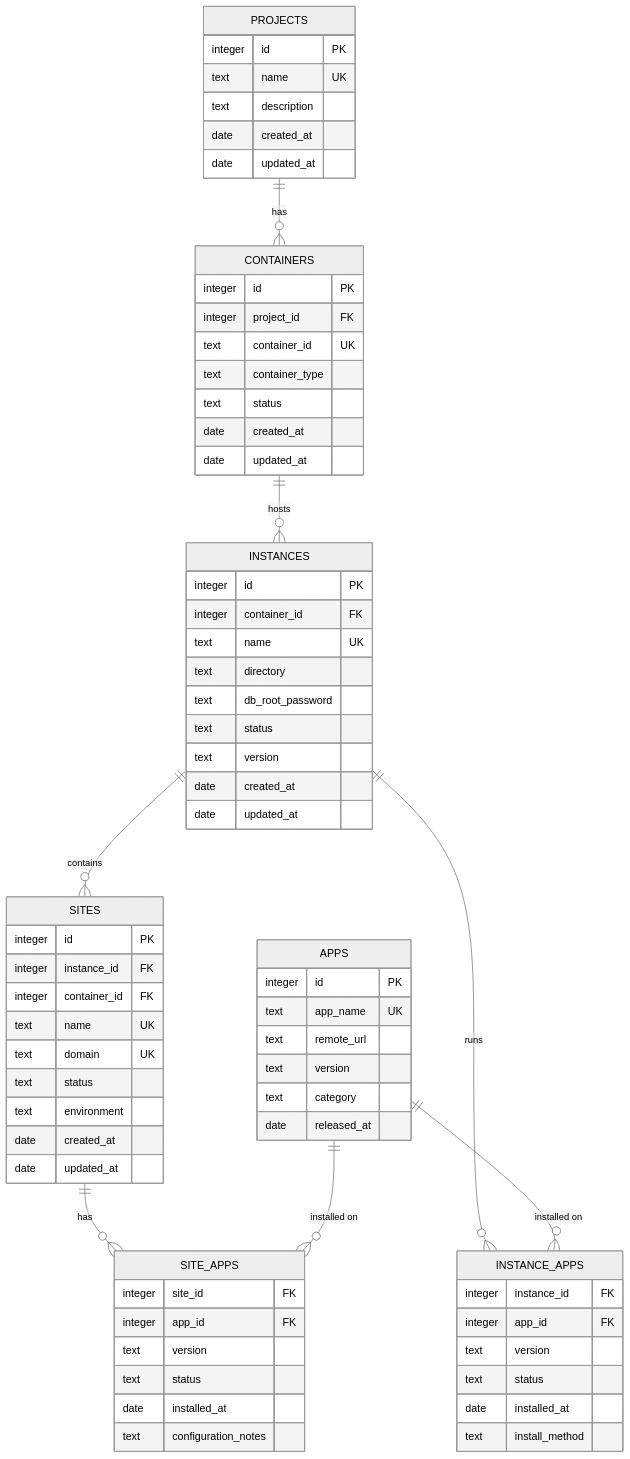
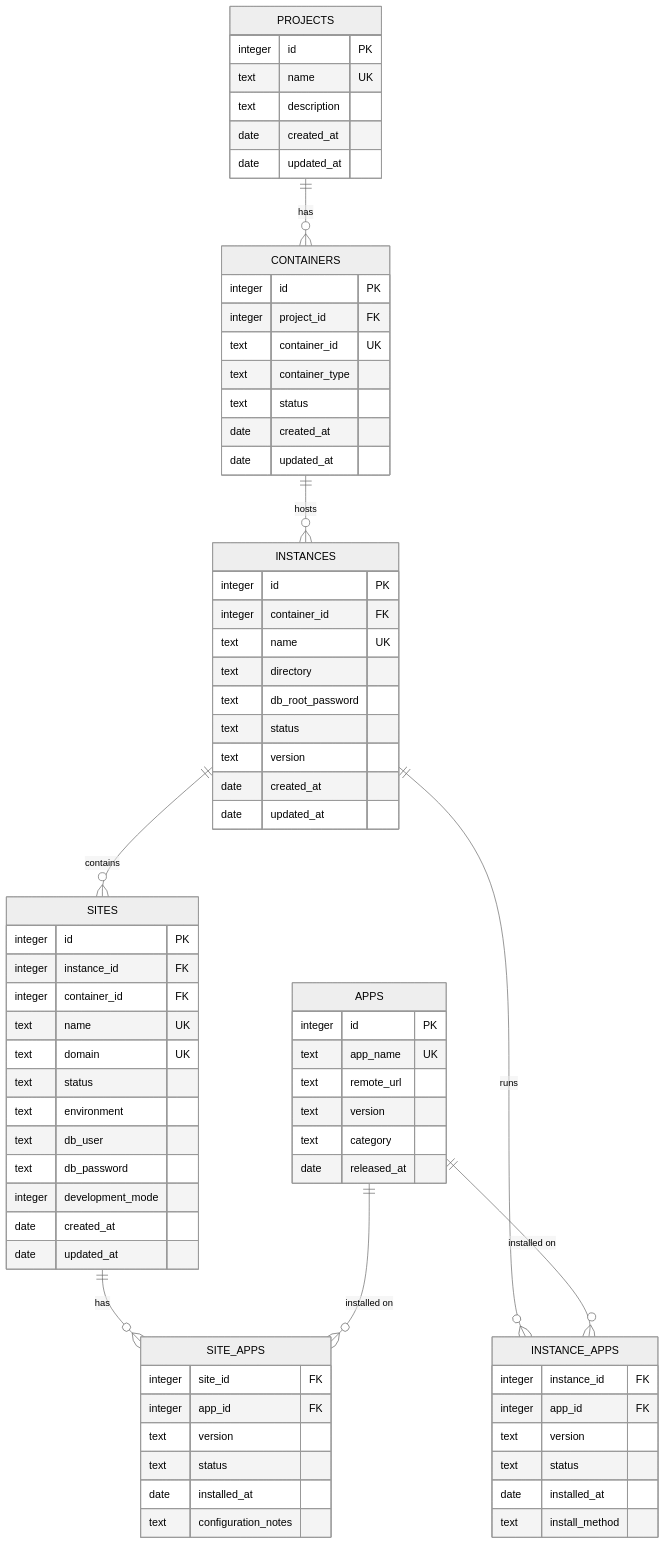
Before and after one commit to karotkriss/Caffeinated-Whale-Desktop: the diagram in docs/db schema.md, drawn with Mermaid (neutral theme). The commit also changed 3 other files, not shown here.

````diff
--- a/docs/db schema.md
+++ b/docs/db schema.md
@@ -1,79 +1,82 @@
 ```mermaid
 erDiagram
     PROJECTS ||--o{ CONTAINERS : "has"
     CONTAINERS ||--o{ INSTANCES : "hosts"
     INSTANCES ||--o{ SITES : "contains"
     INSTANCES ||--o{ INSTANCE_APPS : "runs"
     APPS ||--o{ INSTANCE_APPS : "installed on"
     SITES ||--o{ SITE_APPS : "has"
     APPS ||--o{ SITE_APPS : "installed on"
     
     PROJECTS {
         integer id PK
         text name UK
         text description
         date created_at
         date updated_at
     }
     
     CONTAINERS {
         integer id PK
         integer project_id FK
         text container_id UK
         text container_type
         text status
         date created_at
         date updated_at
     }
     
     INSTANCES {
         integer id PK
         integer container_id FK
         text name UK
         text directory
         text db_root_password
         text status
         text version
         date created_at
         date updated_at
     }
     
     SITES {
         integer id PK
         integer instance_id FK
         integer container_id FK
         text name UK
         text domain UK
         text status
         text environment
+        text db_user
+        text db_password
+        integer development_mode
         date created_at
         date updated_at
     }
     
     APPS {
         integer id PK
         text app_name UK
         text remote_url
         text version
         text category
         date released_at
     }
     
     INSTANCE_APPS {
         integer instance_id FK
         integer app_id FK
         text version
         text status
         date installed_at
         text install_method
     }
     
     SITE_APPS {
         integer site_id FK
         integer app_id FK
         text version
         text status
         date installed_at
         text configuration_notes
     }
 ```
````
